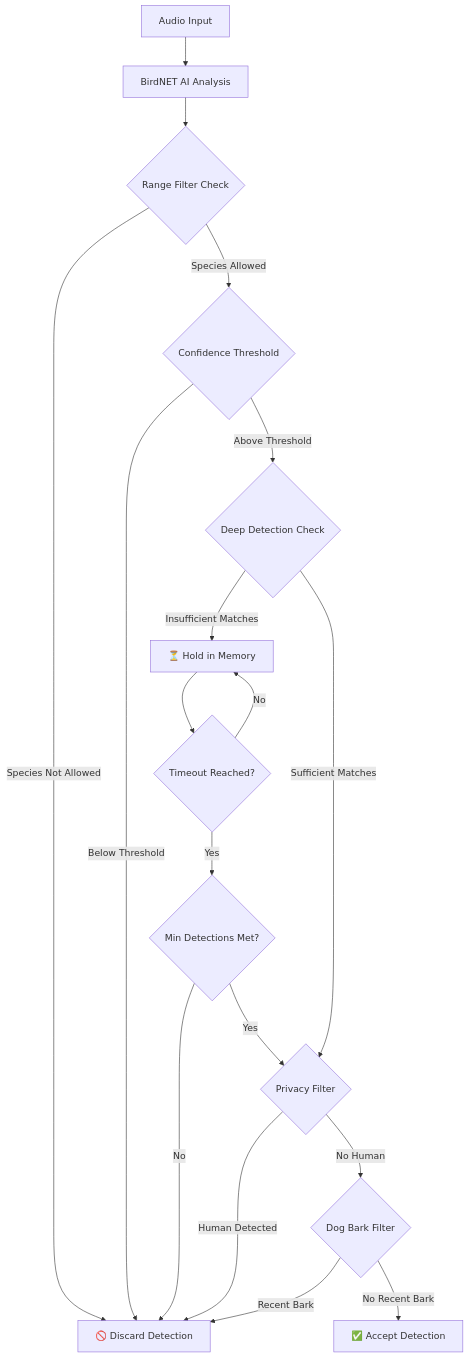
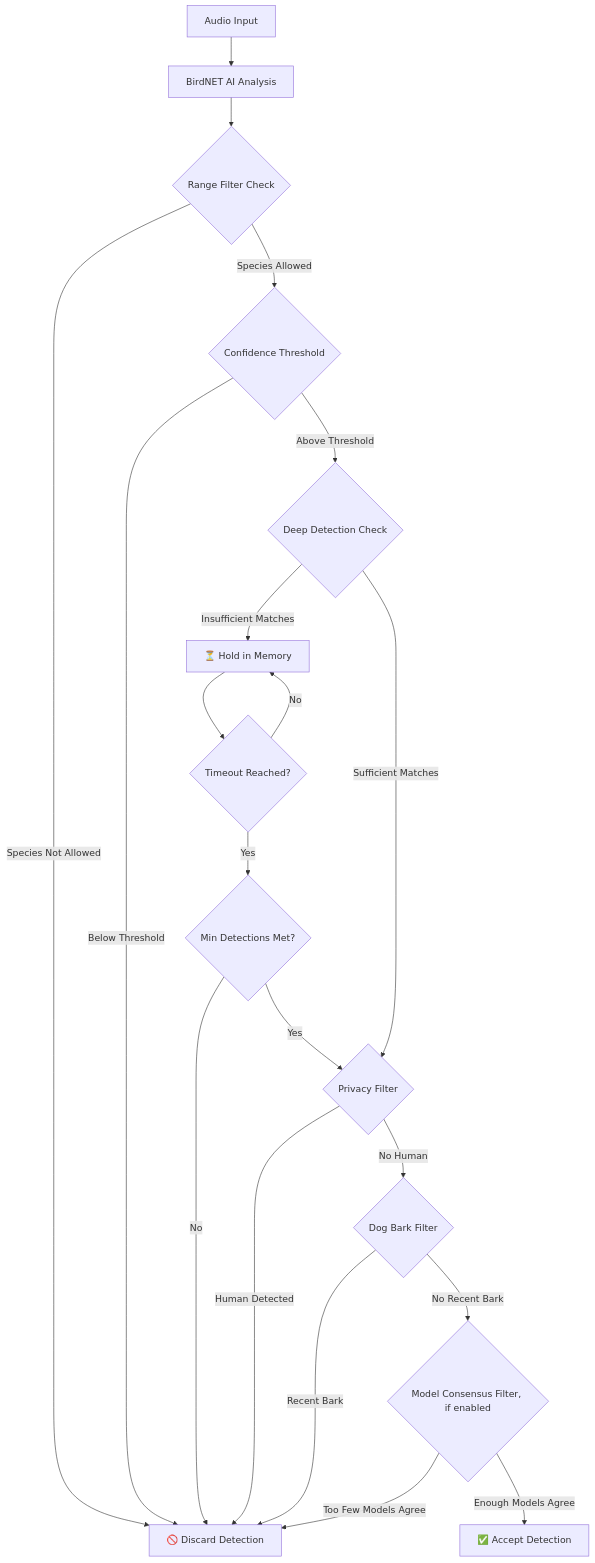
The first of 3 diagrams in doc/wiki/guide.md (tphakala/birdnet-go), drawn with Mermaid before and after one commit. The commit also changed other lines of this file and 1 other file, not shown here.

First line of the commit message:
docs: describe the model consensus filter

````diff
--- a/doc/wiki/guide.md
+++ b/doc/wiki/guide.md
@@ -764,20 +764,22 @@
 ```mermaid
 graph TD
     A[Audio Input] --> B[BirdNET AI Analysis]
     B --> C{Range Filter Check}
     C -->|Species Not Allowed| D[🚫 Discard Detection]
     C -->|Species Allowed| E{Confidence Threshold}
     E -->|Below Threshold| D
     E -->|Above Threshold| F{Deep Detection Check}
     F -->|Insufficient Matches| G[⏳ Hold in Memory]
     F -->|Sufficient Matches| H{Privacy Filter}
     H -->|Human Detected| D
     H -->|No Human| I{Dog Bark Filter}
     I -->|Recent Bark| D
-    I -->|No Recent Bark| J[✅ Accept Detection]
+    I -->|No Recent Bark| M{"Model Consensus Filter, if enabled"}
+    M -->|Too Few Models Agree| D
+    M -->|Enough Models Agree| J[✅ Accept Detection]
     G --> K{Timeout Reached?}
     K -->|No| G
     K -->|Yes| L{Min Detections Met?}
     L -->|No| D
     L -->|Yes| H
 ```
````
